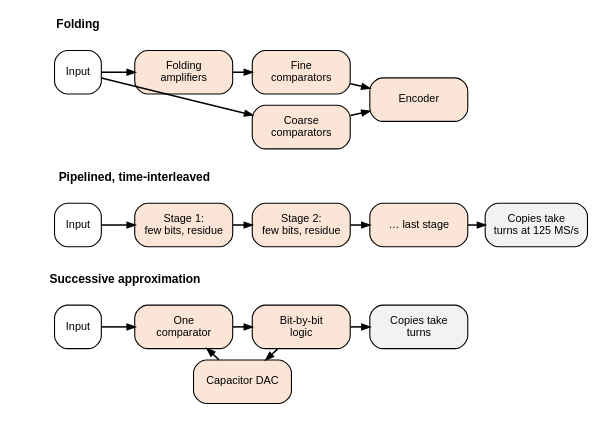
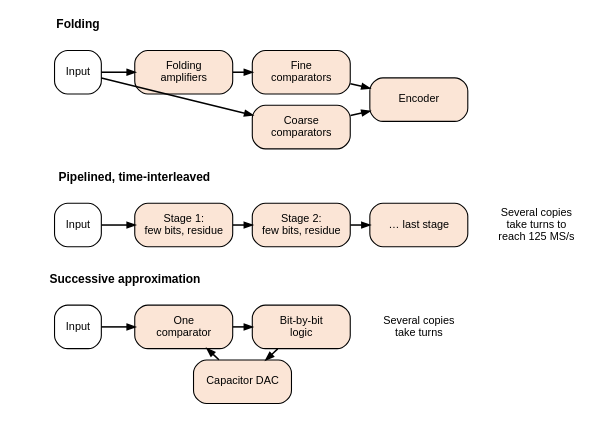
The diagram in docs/ethernet/phy-electrical/integration/adc-options.dot (mithro/evampire), drawn with Graphviz before and after one commit. The commit also changed 14 other files, not shown here.

First line of the commit message:
Fix diagram content and page text after review

```diff
--- a/docs/ethernet/phy-electrical/integration/adc-options.dot
+++ b/docs/ethernet/phy-electrical/integration/adc-options.dot
@@ -1,44 +1,44 @@
 // Simplified block sketches of the three ADC families that receiver.rst
 // lists as options: folding, pipelined with time interleaving, and
 // interleaved successive approximation (SAR).
 //
 // SPDX-License-Identifier: Apache-2.0
 
 digraph adcs {
     graph [layout=neato, splines=false, overlap=true, fontname="Helvetica",
            size="7.4,3.6"];
     node  [shape=box, style="rounded,filled", fillcolor="#fbe5d6",
            fontname="Helvetica", fontsize=10, width=1.25, height=0.55,
            fixedsize=true];
     edge  [fontname="Helvetica", fontsize=9, arrowsize=0.7, penwidth=1.4];
 
     h1 [pos="0.4,3.5!", shape=plaintext, style="", width=1.6, height=0.25,
         fontsize=11, fontname="Helvetica-Bold", label="Folding"];
     f_in [pos="0.4,2.9!", width=0.6, label="Input", fillcolor="#ffffff"];
     f_fold [pos="1.75,2.9!", label="Folding\namplifiers"];
     f_fine [pos="3.25,2.9!", label="Fine\ncomparators"];
     f_coarse [pos="3.25,2.2!", label="Coarse\ncomparators"];
     f_enc [pos="4.75,2.55!", label="Encoder"];
     f_in -> f_fold; f_fold -> f_fine; f_in -> f_coarse;
     f_fine -> f_enc; f_coarse -> f_enc;
 
     h2 [pos="1.12,1.55!", shape=plaintext, style="", width=2.6, height=0.25,
         fontsize=11, fontname="Helvetica-Bold", label="Pipelined, time-interleaved"];
     p_in [pos="0.4,0.95!", width=0.6, label="Input", fillcolor="#ffffff"];
     p_s1 [pos="1.75,0.95!", label="Stage 1:\nfew bits, residue"];
     p_s2 [pos="3.25,0.95!", label="Stage 2:\nfew bits, residue"];
     p_sn [pos="4.75,0.95!", label="… last stage"];
-    p_x [pos="6.25,0.95!", width=1.3, label="Copies take\nturns at 125 MS/s",
-         fillcolor="#f2f2f2"];
-    p_in -> p_s1; p_s1 -> p_s2; p_s2 -> p_sn; p_sn -> p_x;
+    p_x [pos="6.25,0.95!", width=1.5, shape=plaintext, style="",
+         label="Several copies\ntake turns to\nreach 125 MS/s"];
+    p_in -> p_s1; p_s1 -> p_s2; p_s2 -> p_sn; 
 
     h3 [pos="1.0,0.25!", shape=plaintext, style="", width=2.3, height=0.25,
         fontsize=11, fontname="Helvetica-Bold", label="Successive approximation"];
     s_in [pos="0.4,-0.35!", width=0.6, label="Input", fillcolor="#ffffff"];
     s_cmp [pos="1.75,-0.35!", label="One\ncomparator"];
     s_log [pos="3.25,-0.35!", label="Bit-by-bit\nlogic"];
     s_dac [pos="2.5,-1.05!", label="Capacitor DAC"];
-    s_x [pos="4.75,-0.35!", label="Copies take\nturns", fillcolor="#f2f2f2"];
+    s_x [pos="4.75,-0.35!", width=1.5, shape=plaintext, style="",
+         label="Several copies\ntake turns"];
     s_in -> s_cmp; s_cmp -> s_log; s_log -> s_dac; s_dac -> s_cmp;
-    s_log -> s_x;
 }
```
